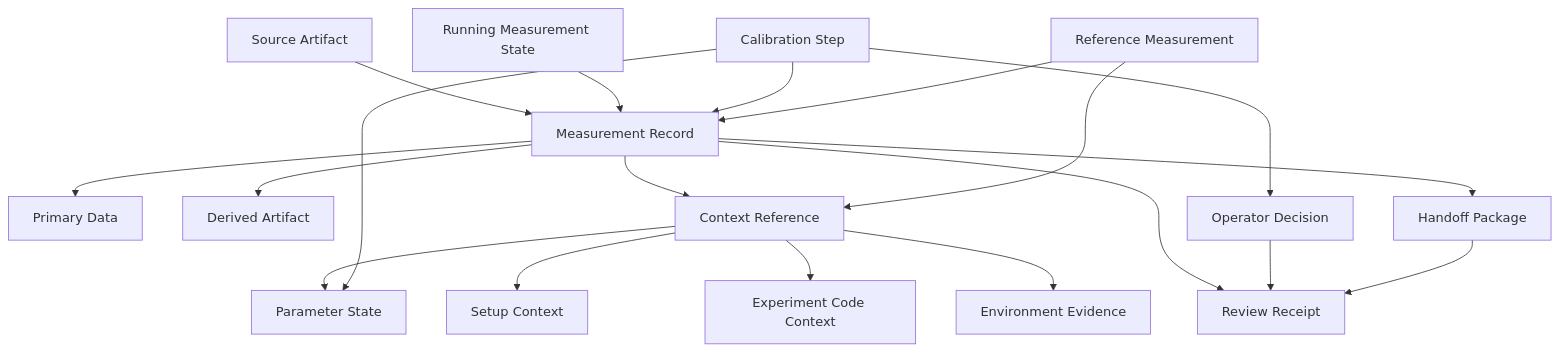
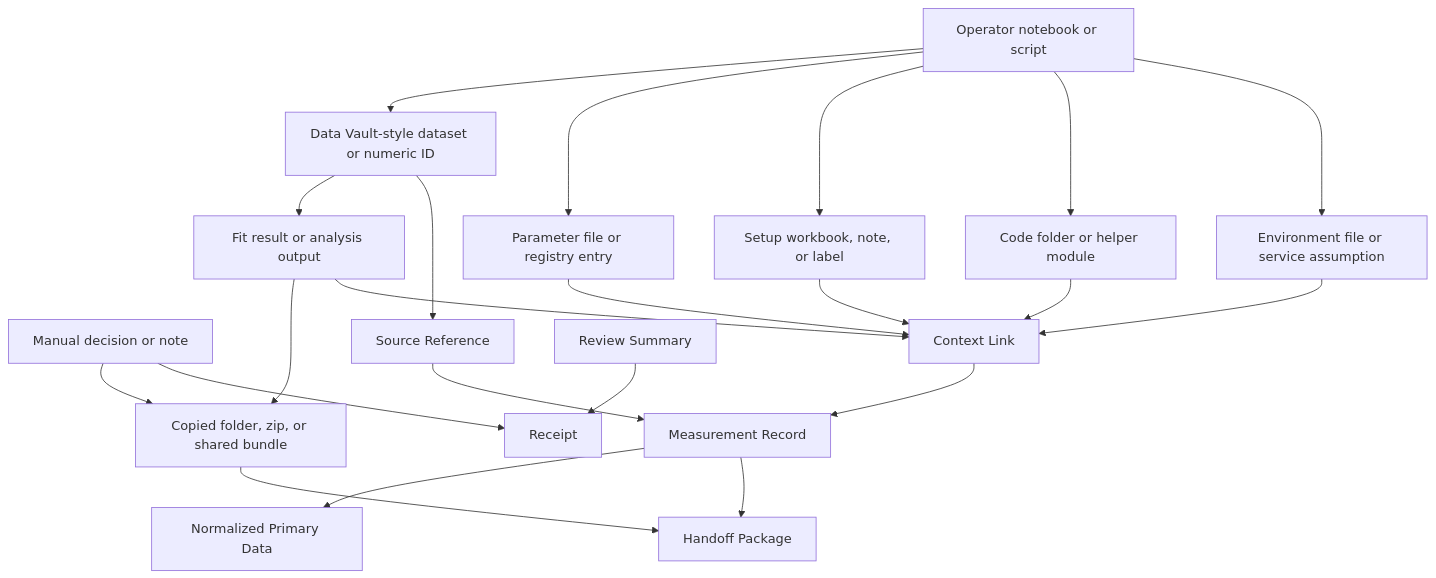
One commit to kahojyun/scopecat changed the diagram in docs/architecture/domain-model.md. Above: the diagram before and after it, drawn with Mermaid. The commit also changed other lines of this file and 2 other files, not shown here.

Commit message:
Clarify brownfield and transition architecture vocabulary

````diff
--- a/docs/architecture/domain-model.md
+++ b/docs/architecture/domain-model.md
@@ -48,37 +83,43 @@
 ```mermaid
 flowchart TD
+  Notebook["Operator notebook or script"]
+  LegacyData["Data Vault-style dataset or numeric ID"]
+  ParamFile["Parameter file or registry entry"]
+  SetupNote["Setup workbook, note, or label"]
+  CodeFolder["Code folder or helper module"]
+  EnvFile["Environment file or service assumption"]
+  Analysis["Fit result or analysis output"]
+  Shared["Copied folder, zip, or shared bundle"]
+  Manual["Manual decision or note"]
+
   MR["Measurement Record"]
-  PD["Primary Data"]
-  SA["Source Artifact"]
-  DA["Derived Artifact"]
-  CR["Context Reference"]
-  PS["Parameter State"]
-  SC["Setup Context"]
-  ECC["Experiment Code Context"]
-  EE["Environment Evidence"]
-  RR["Review Receipt"]
-  HP["Handoff Package"]
-  OD["Operator Decision"]
-  RMS["Running Measurement State"]
-  CS["Calibration Step"]
-  Ref["Reference Measurement"]
+  NPD["Normalized Primary Data"]
+  Src["Source Reference"]
+  Ctx["Context Link"]
+  Review["Review Summary"]
+  Receipt["Receipt"]
+  Package["Handoff Package"]
 
-  SA --> MR
-  MR --> PD
-  MR --> DA
-  MR --> CR
-  CR --> PS
-  CR --> SC
-  CR --> ECC
-  CR --> EE
-  MR --> RR
-  OD --> RR
-  MR --> HP
-  HP --> RR
-  RMS --> MR
-  CS --> MR
-  CS --> PS
-  CS --> OD
-  Ref --> MR
-  Ref --> CR
+  Notebook --> LegacyData
+  Notebook --> ParamFile
+  Notebook --> SetupNote
+  Notebook --> CodeFolder
+  Notebook --> EnvFile
+  LegacyData --> Analysis
+  Analysis --> Shared
+  Manual --> Shared
+
+  LegacyData --> Src
+  Shared --> Package
+  Src --> MR
+  MR --> NPD
+  ParamFile --> Ctx
+  SetupNote --> Ctx
+  CodeFolder --> Ctx
+  EnvFile --> Ctx
+  Analysis --> Ctx
+  Ctx --> MR
+  Review --> Receipt
+  Manual --> Receipt
+  MR --> Package
 ```
````
